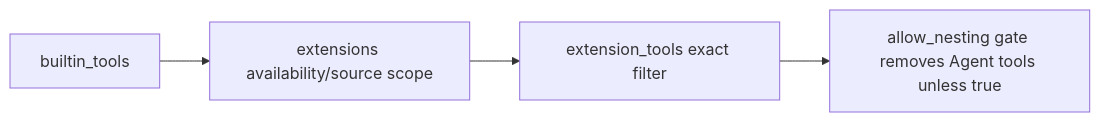
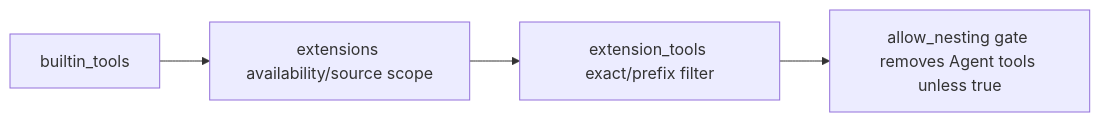
The diagram in extensions/subagent/README.md (zhongjis/pi-config), drawn with Mermaid before and after one commit. The commit also changed other lines of this file and 6 other files, not shown here.

````diff
--- a/extensions/subagent/README.md
+++ b/extensions/subagent/README.md
@@ -64,6 +64,6 @@
 ```mermaid
 flowchart LR
   A[builtin_tools] --> B[extensions availability/source scope]
-  B --> C[extension_tools exact filter]
+  B --> C[extension_tools exact/prefix filter]
   C --> D[allow_nesting gate removes Agent tools unless true]
 ```
````
